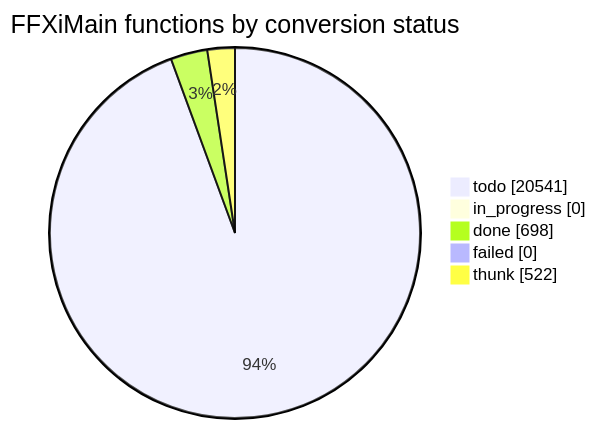
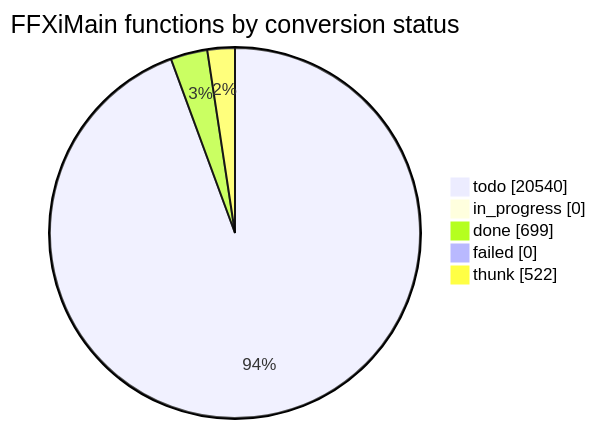
One commit to cowrevenge/cow_kuluu_xi_anything changed the diagram in docs/cow/STATUS.md. Above: the diagram before and after it, drawn with Mermaid. The commit also changed other lines of this file and 9 other files, not shown here.

````diff
--- a/docs/cow/STATUS.md
+++ b/docs/cow/STATUS.md
@@ -18,9 +18,9 @@
 ```mermaid
 pie showData
     title FFXiMain functions by conversion status
-    "todo" : 20541
+    "todo" : 20540
     "in_progress" : 0
-    "done" : 698
+    "done" : 699
     "failed" : 0
     "thunk" : 522
 ```
````
